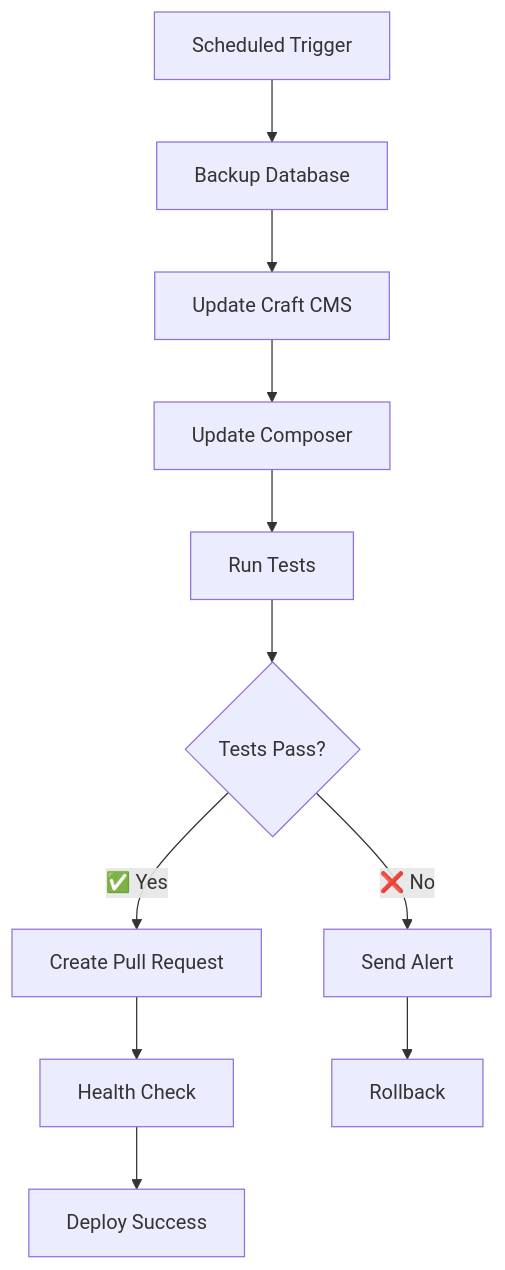
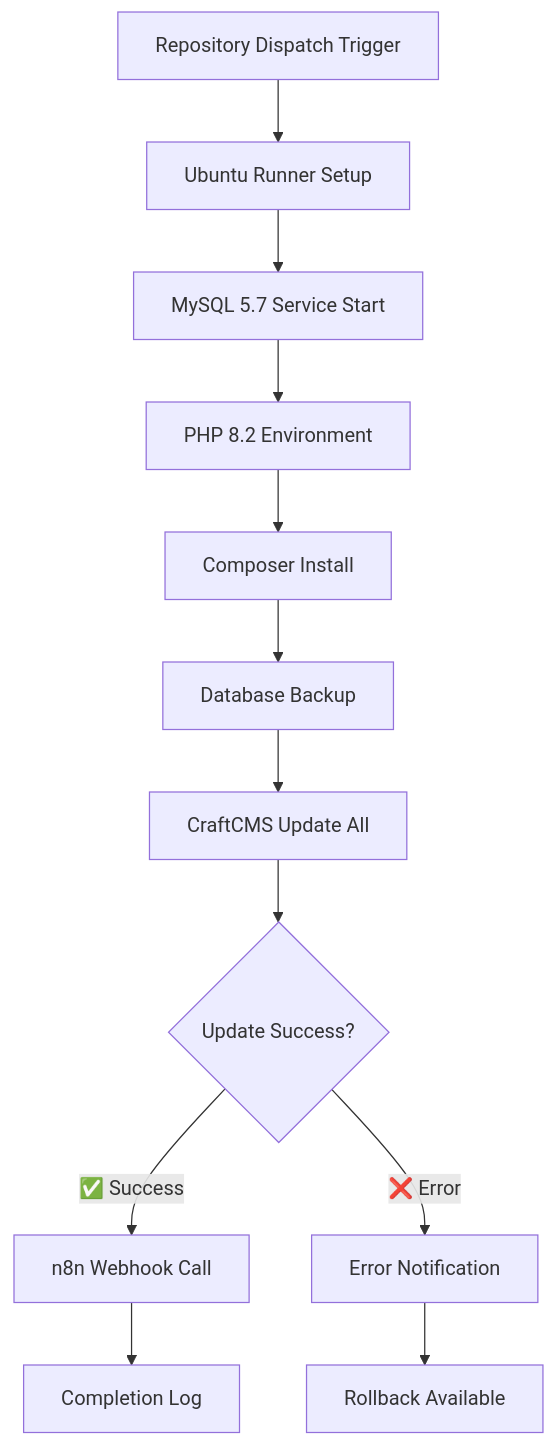
Before and after one commit to timsteegmueller/craft-projekte: the diagram in README.md, drawn with Mermaid. The commit also changed other lines of this file, not shown here.

````diff
--- a/README.md
+++ b/README.md
@@ -148,13 +248,14 @@
 ```mermaid
 graph TD
-    A[Scheduled Trigger] --> B[Backup Database]
-    B --> C[Update Craft CMS]
-    C --> D[Update Composer]
-    D --> E[Run Tests]
-    E --> F{Tests Pass?}
-    F -->|✅ Yes| G[Create Pull Request]
-    F -->|❌ No| H[Send Alert]
-    G --> I[Health Check]
-    I --> J[Deploy Success]
-    H --> K[Rollback]
+    A[Repository Dispatch Trigger] --> B[Ubuntu Runner Setup]
+    B --> C[MySQL 5.7 Service Start]
+    C --> D[PHP 8.2 Environment]
+    D --> E[Composer Install]
+    E --> F[Database Backup]
+    F --> G[CraftCMS Update All]
+    G --> H{Update Success?}
+    H -->|✅ Success| I[n8n Webhook Call]
+    H -->|❌ Error| J[Error Notification]
+    I --> K[Completion Log]
+    J --> L[Rollback Available]
 ```
````
